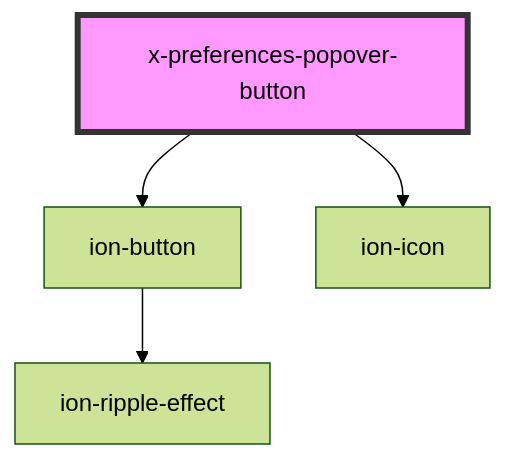
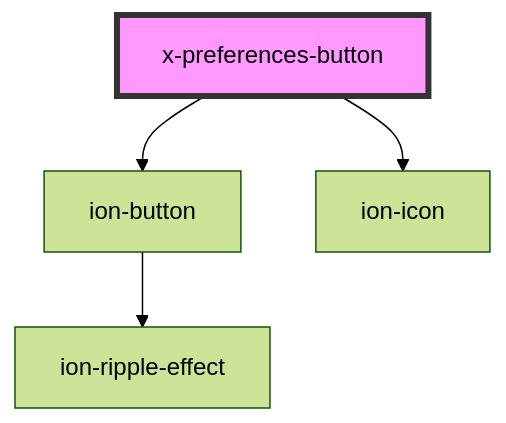
The diagram in packages/plugins/x-ionic/src/components/x-preferences-button/readme.md (gitter-badger/x-ui), drawn with Mermaid (forest theme) before and after one commit. The commit also changed 85 other files, not shown here.

````diff
--- a/packages/plugins/x-ionic/src/components/x-preferences-button/readme.md
+++ b/packages/plugins/x-ionic/src/components/x-preferences-button/readme.md
@@ -23,7 +23,7 @@
 ```mermaid
 graph TD;
-  x-preferences-popover-button --> ion-button
-  x-preferences-popover-button --> ion-icon
+  x-preferences-button --> ion-button
+  x-preferences-button --> ion-icon
   ion-button --> ion-ripple-effect
-  style x-preferences-popover-button fill:#f9f,stroke:#333,stroke-width:4px
+  style x-preferences-button fill:#f9f,stroke:#333,stroke-width:4px
 ```
````
